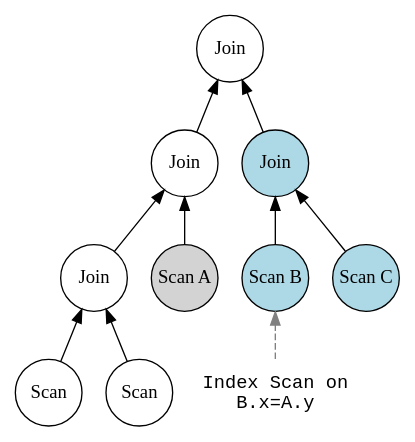
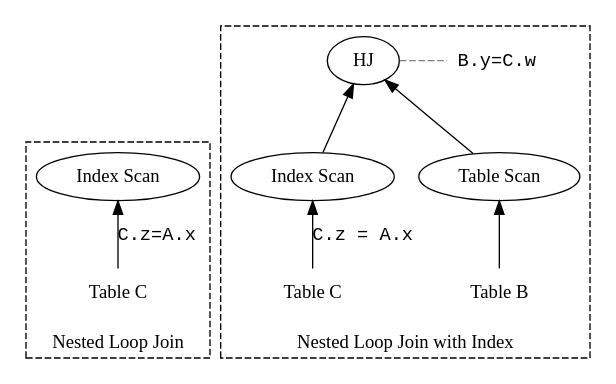
The diagram in graphviz/parameterization.dot (johansolbakken/solbakken-sunde-master-tools), drawn with Graphviz before and after one commit. The commit also changed 5 other files, not shown here.

```diff
--- a/graphviz/parameterization.dot
+++ b/graphviz/parameterization.dot
@@ -1,36 +1,35 @@
 digraph G {
-    graph [splines=line];
-    rankdir=BT;
-    node [shape=circle, fixedsize=true, width=0.7, height=0.7];
+    rankdir=BT; // Bottom to top layout
 
-    root [label="Join"];
+    subgraph cluster_nlj {
+        label="Nested Loop Join";
+        style=dashed;
 
-    // Left subtree
-    leftTreeJoin1 [label="Join"];
-    leftTreeJoin2 [label="Join"];
-    leftTreeScan1 [label="Scan"];
-    leftTreeScanA [label="Scan A", style=filled];
-    leftTreeScan2 [label="Scan"];
+        idx_scan_c [label="Index Scan", fontname="bold"];
+        table_c [label="Table C", shape=none];
+        table_c -> idx_scan_c [label="C.z=A.x", fontname="monospace", labelloc="c", labeldistance=2];
+    }
 
-    leftTreeJoin1 -> root;
-    leftTreeJoin2 -> leftTreeJoin1;
-    leftTreeScanA -> leftTreeJoin1;
-    leftTreeScan1 -> leftTreeJoin2;
-    leftTreeScan2 -> leftTreeJoin2;
+    subgraph cluster_nlj_idx {
+        label="Nested Loop Join with Index";
+        style=dashed;
 
+        hj [label="HJ", fontname="bold"];
+        hj_cond [label="B.y=C.w", fontname="monospace", shape=none];
 
-    // Right subtree
-    rightTreeJoin -> root;
-    rightTreeScanB -> rightTreeJoin;
-    rightTreeScanC -> rightTreeJoin;
+        scan_b [label="Table Scan", fontname="bold"];
+        table_b [label="Table B", shape=none];
 
-    rightTreeJoin [label="Join", style=filled, fillcolor=lightblue];
-    rightTreeScanB [label="Scan B", style=filled, fillcolor=lightblue];
-    rightTreeScanC [label="Scan C", style=filled, fillcolor=lightblue];
+        hj_idx_scan_c [label="Index Scan", fontname="bold"];
+        hj_table_c [label="Table C", shape=none];
 
-    // Add an invisible node for the label and connect it to rightTreeJoin
-    label_node [label="Index Scan on\nB.x=A.y", shape=none, fontname="Courier"];
+        hj -> hj_cond [style=dashed, color=gray, arrowhead=none];
+        scan_b -> hj [label=" ", labelloc="c"];
+        table_b -> scan_b [label=" ", labelloc="c"];
 
-    // label_node under rightTreeScanB
-    label_node -> rightTreeScanB [style=dashed,color=gray];
+        hj_idx_scan_c -> hj [label=" ", labelloc="c"];
+        hj_table_c -> hj_idx_scan_c [label="C.z = A.x", fontname="monospace", labelloc="c", labeldistance=2];
+
+        {rank=same; hj; hj_cond;}
+    }
 }
```
